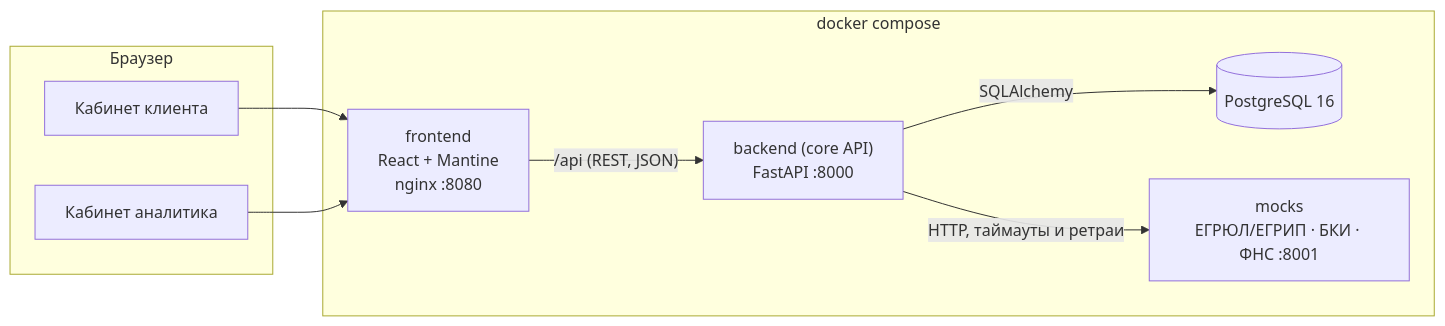
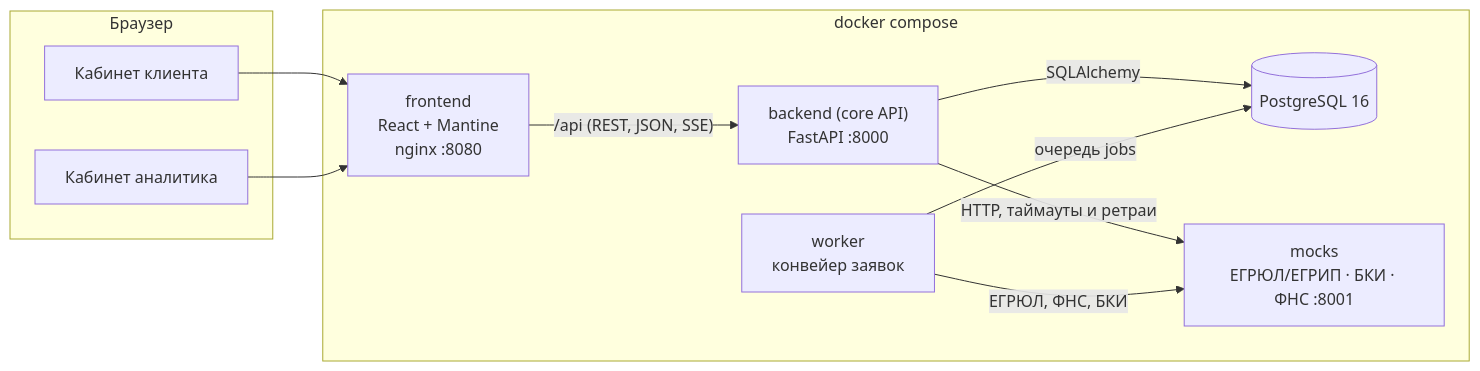
One commit to MrFerrumL/alpha-smart-credit-cabinet changed the first of 2 diagrams in docs/architecture.md. Above: the diagram before and after it, drawn with Mermaid. The commit also changed other lines of this file and 46 other files, not shown here.

````diff
--- a/docs/architecture.md
+++ b/docs/architecture.md
@@ -5,20 +5,23 @@
 ```mermaid
 flowchart LR
     subgraph Browser["Браузер"]
         C["Кабинет клиента"]
         A["Кабинет аналитика"]
     end
 
     subgraph Docker["docker compose"]
         FE["frontend<br/>React + Mantine<br/>nginx :8080"]
         BE["backend (core API)<br/>FastAPI :8000"]
+        WK["worker<br/>конвейер заявок"]
         DB[("PostgreSQL 16")]
         MK["mocks<br/>ЕГРЮЛ/ЕГРИП · БКИ · ФНС :8001"]
     end
 
     C --> FE
     A --> FE
-    FE -- "/api (REST, JSON)" --> BE
+    FE -- "/api (REST, JSON, SSE)" --> BE
     BE -- "SQLAlchemy" --> DB
     BE -- "HTTP, таймауты и ретраи" --> MK
+    WK -- "очередь jobs" --> DB
+    WK -- "ЕГРЮЛ, ФНС, БКИ" --> MK
 ```
````
